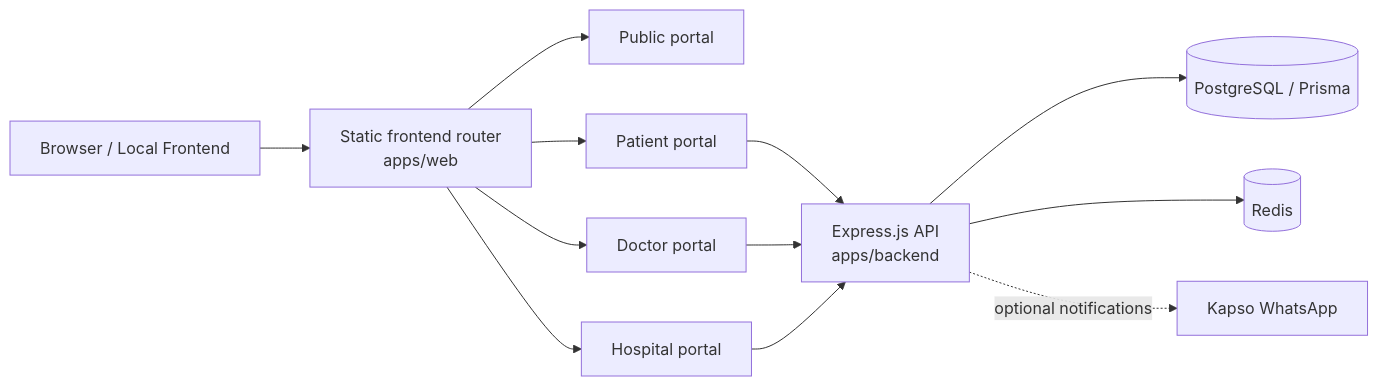
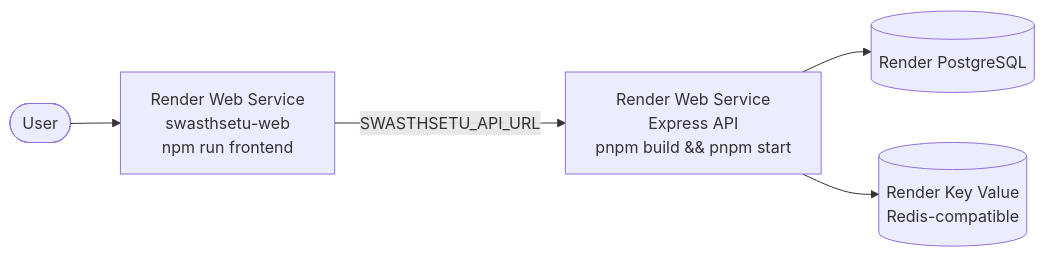
One commit to Harshitgupta0509/swasthsetu changed diagram 11 of 11 in README.md. Above: the diagram before and after it, drawn with Mermaid. The commit also changed other lines of this file, not shown here.

First line of the commit message:
docs: rewrite README for the Express backend

````diff
--- a/README.md
+++ b/README.md
@@ -60,16 +682,7 @@
 ```mermaid
 flowchart LR
-    Browser[Browser / Local Frontend] --> Web["Static frontend router<br/>apps/web"]
-    Web --> Public[Public portal]
-    Web --> Patient[Patient portal]
-    Web --> Doctor[Doctor portal]
-    Web --> Hospital[Hospital portal]
-
-    Patient --> API["Express.js API<br/>apps/backend"]
-    Doctor --> API
-    Hospital --> API
-
-    API --> DB[(PostgreSQL / Prisma)]
-    API --> Cache[(Redis)]
-    API -. optional notifications .-> WhatsApp[Kapso WhatsApp]
+    User([User]) --> Web["Render Web Service<br/>swasthsetu-web<br/>npm run frontend"]
+    Web -->|SWASTHSETU_API_URL| Api["Render Web Service<br/>Express API<br/>pnpm build && pnpm start"]
+    Api --> PG[("Render PostgreSQL")]
+    Api --> KV[("Render Key Value<br/>Redis-compatible")]
 ```
````
